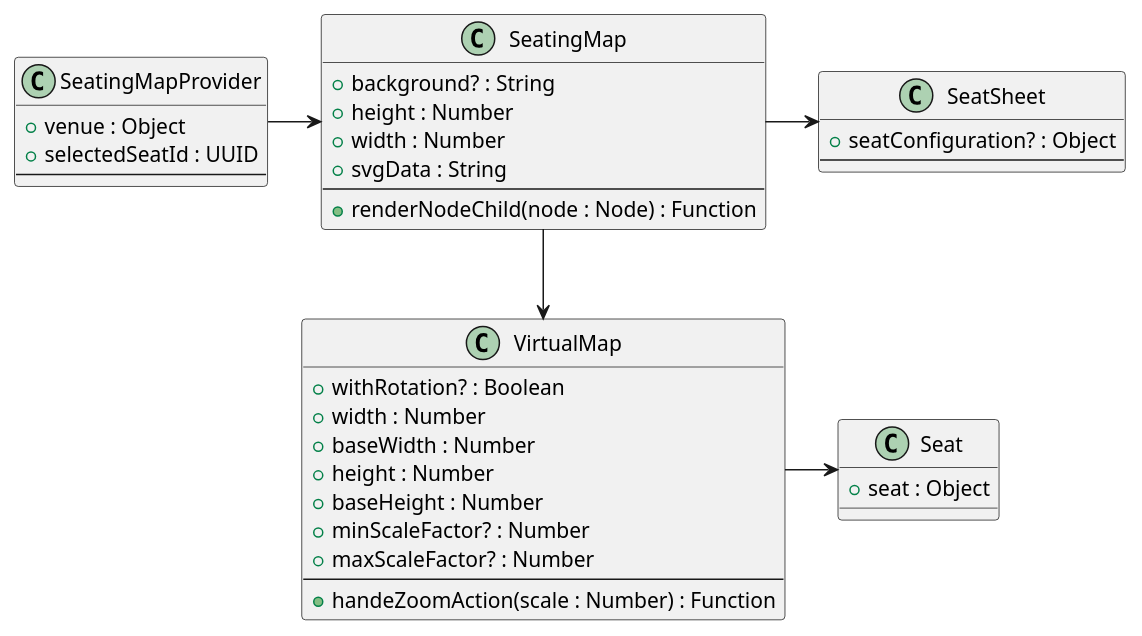
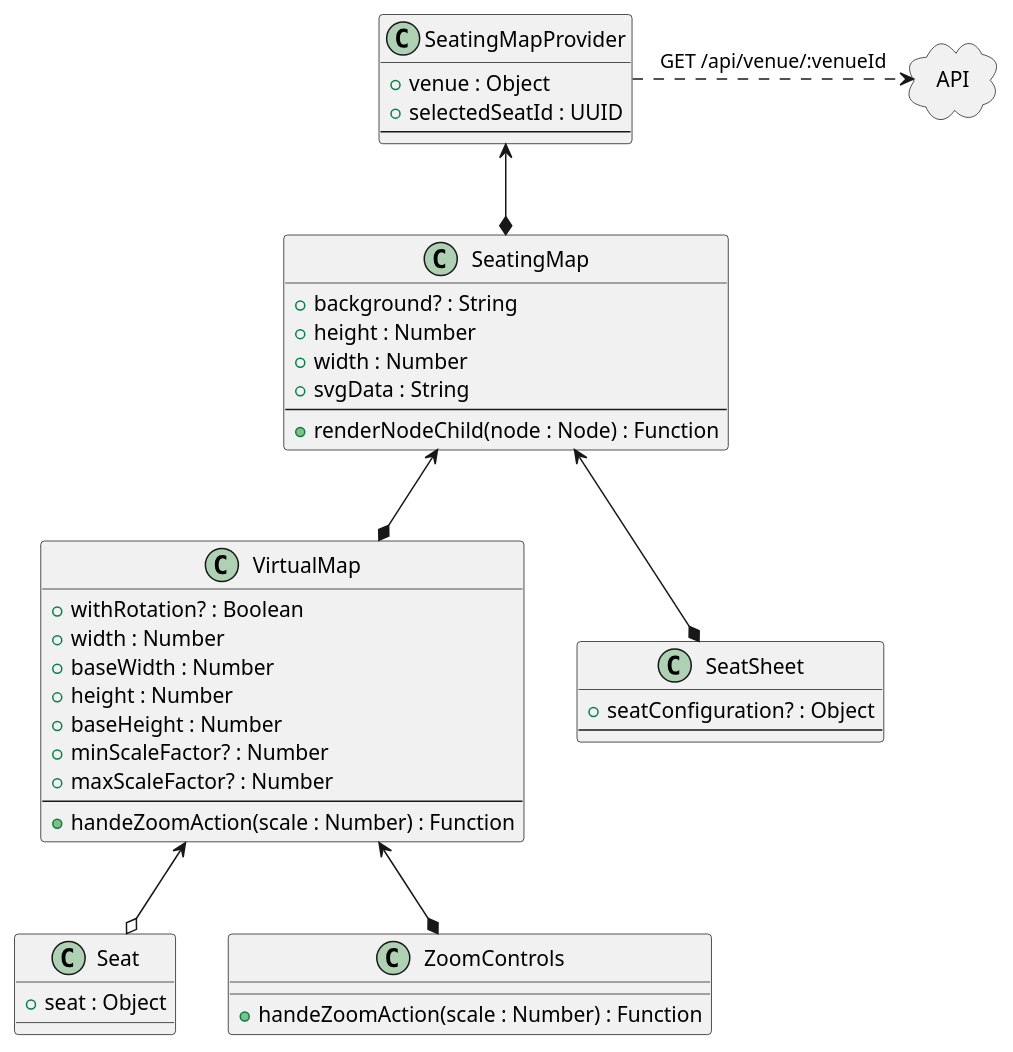
The diagram in figures/diagrams/seating-map.puml (filipditrich/bachelor-thesis), drawn with PlantUML before and after one commit. The commit also changed 8 other files, not shown here.

Commit message:
feat: improve diagrams in implementation chapter, correct wording

```diff
--- a/figures/diagrams/seating-map.puml
+++ b/figures/diagrams/seating-map.puml
@@ -1,43 +1,53 @@
 @startuml
 class "SeatingMapProvider" as SMP {
   +venue : Object
   +selectedSeatId : UUID
   --
 }
 
 class "SeatingMap" as SM {
-  +background? : String
-  +height : Number
-  +width : Number
-  +svgData : String
-  --
-  +renderNodeChild(node : Node) : Function
++background? : String
++height : Number
++width : Number
++svgData : String
+--
++renderNodeChild(node : Node) : Function
 }
 
 class "VirtualMap" as VM {
-  +withRotation? : Boolean
-  +width : Number
-  +baseWidth : Number
-  +height : Number
-  +baseHeight : Number
-  +minScaleFactor? : Number
-  +maxScaleFactor? : Number
-  --
-  +handeZoomAction(scale : Number) : Function
++withRotation? : Boolean
++width : Number
++baseWidth : Number
++height : Number
++baseHeight : Number
++minScaleFactor? : Number
++maxScaleFactor? : Number
+--
++handeZoomAction(scale : Number) : Function
 }
 
+
 class "SeatSheet" as Sheet {
-    +seatConfiguration? : Object
-    --
+ +seatConfiguration? : Object
+ --
 }
 
 class "Seat" as Seat {
-  +seat : Object
++seat : Object
 }
 
-SMP -> SM
-SM --> VM
-SM -> Sheet
-VM -> Seat
+class "ZoomControls" as ZoomControls {
++handeZoomAction(scale : Number) : Function
+}
+
+cloud "API" {
+}
+
+SMP <-down-* SM
+SMP -.right> API : GET /api/venue/:venueId
+SM <-down-* VM
+SM <-down-* Sheet
+VM <-down-o Seat
+VM <-down-* ZoomControls
 
 @enduml
```
